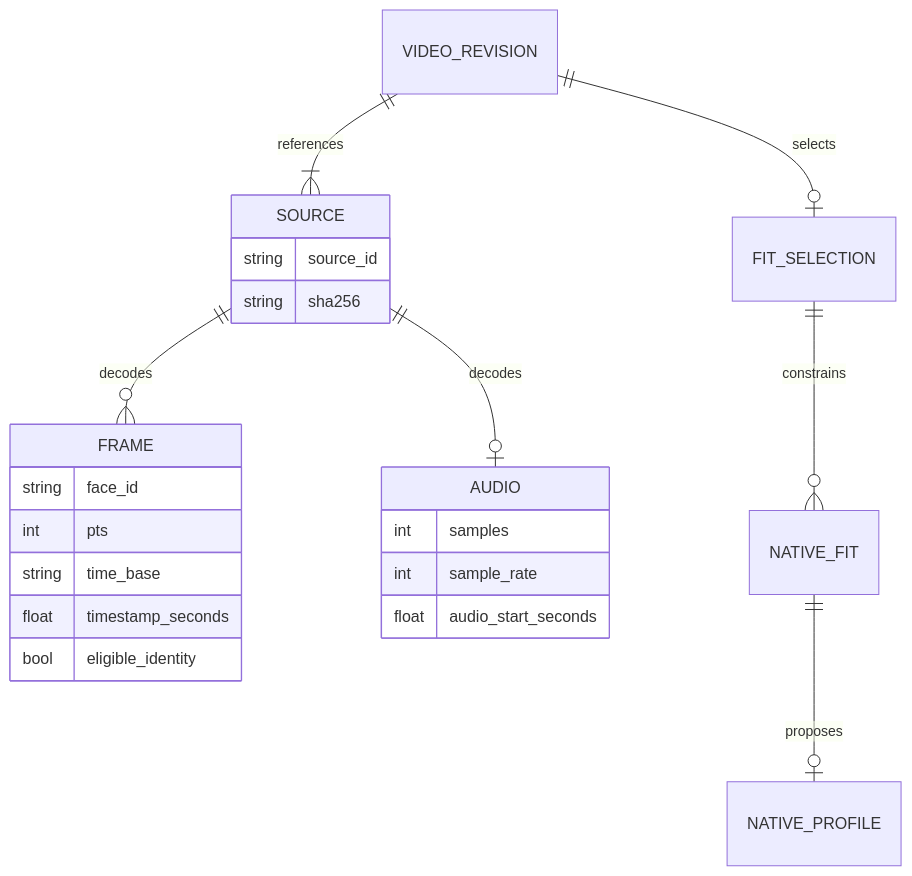
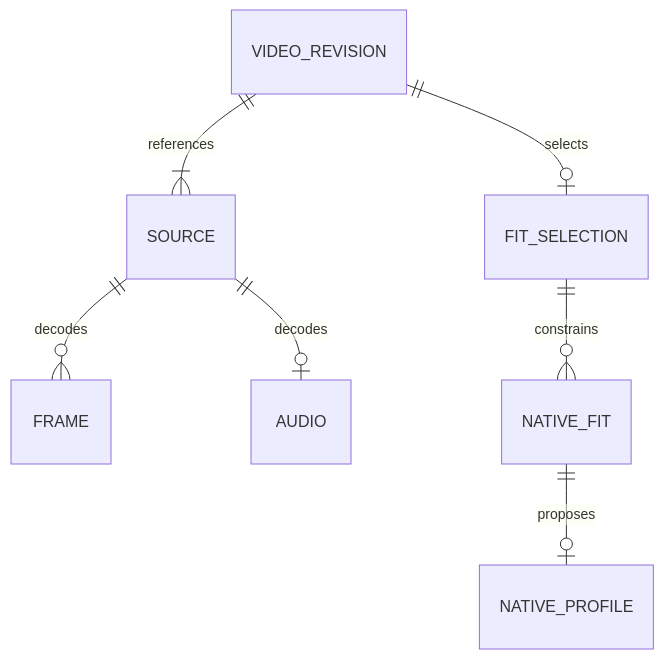
Before and after one commit to Arka95/ailias: the diagram in docs/facefitting/video-identity-investigation.md, drawn with Mermaid. The commit also changed other lines of this file and 226 other files, not shown here.

````diff
--- a/docs/facefitting/video-identity-investigation.md
+++ b/docs/facefitting/video-identity-investigation.md
@@ -160,25 +81,9 @@
 ```mermaid
 erDiagram
     VIDEO_REVISION ||--|{ SOURCE : references
     SOURCE ||--o{ FRAME : decodes
     SOURCE ||--o| AUDIO : decodes
     VIDEO_REVISION ||--o| FIT_SELECTION : selects
     FIT_SELECTION ||--o{ NATIVE_FIT : constrains
     NATIVE_FIT ||--o| NATIVE_PROFILE : proposes
-    SOURCE {
-        string source_id
-        string sha256
-    }
-    FRAME {
-        string face_id
-        int pts
-        string time_base
-        float timestamp_seconds
-        bool eligible_identity
-    }
-    AUDIO {
-        int samples
-        int sample_rate
-        float audio_start_seconds
-    }
 ```
````
